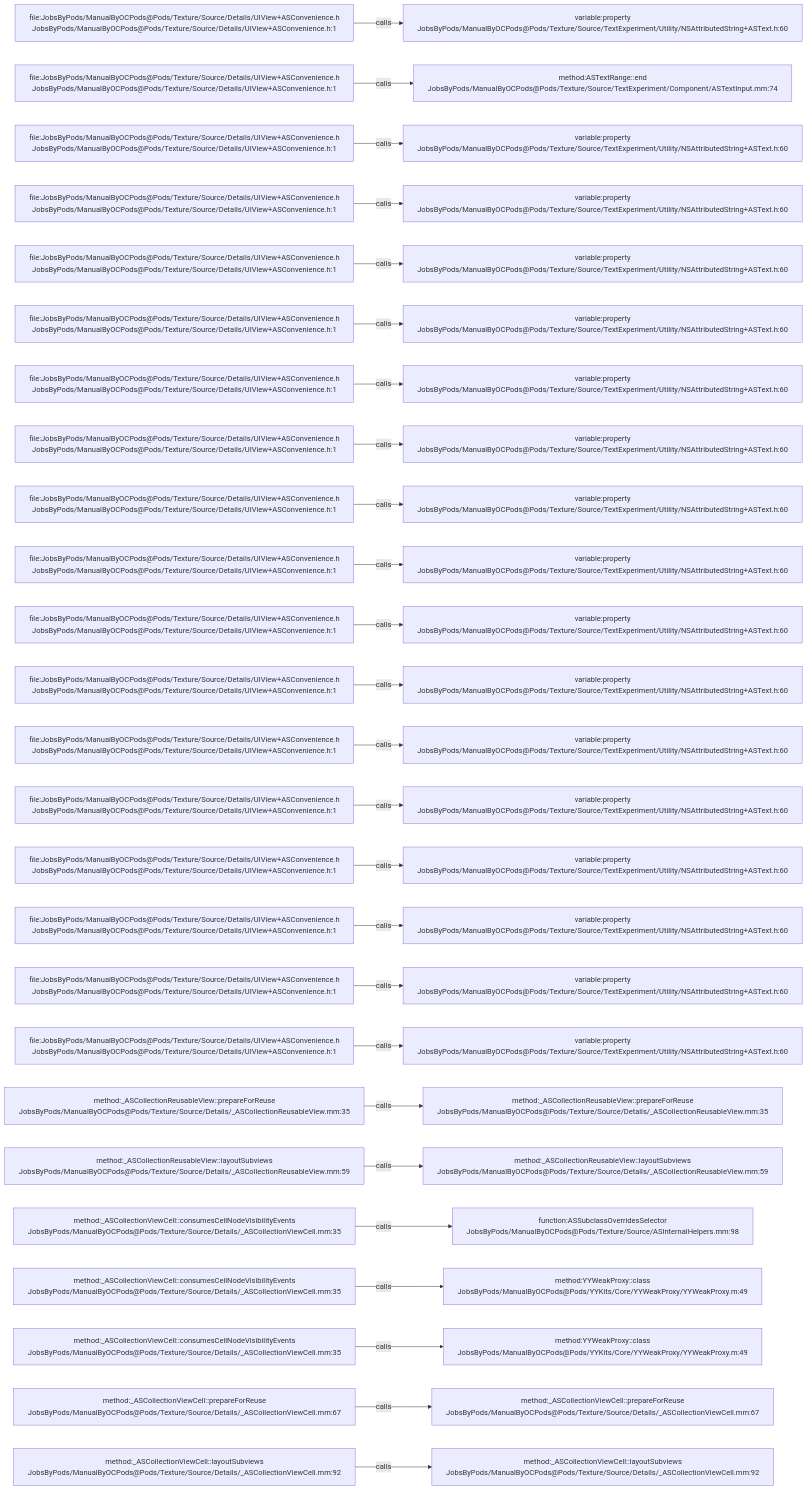
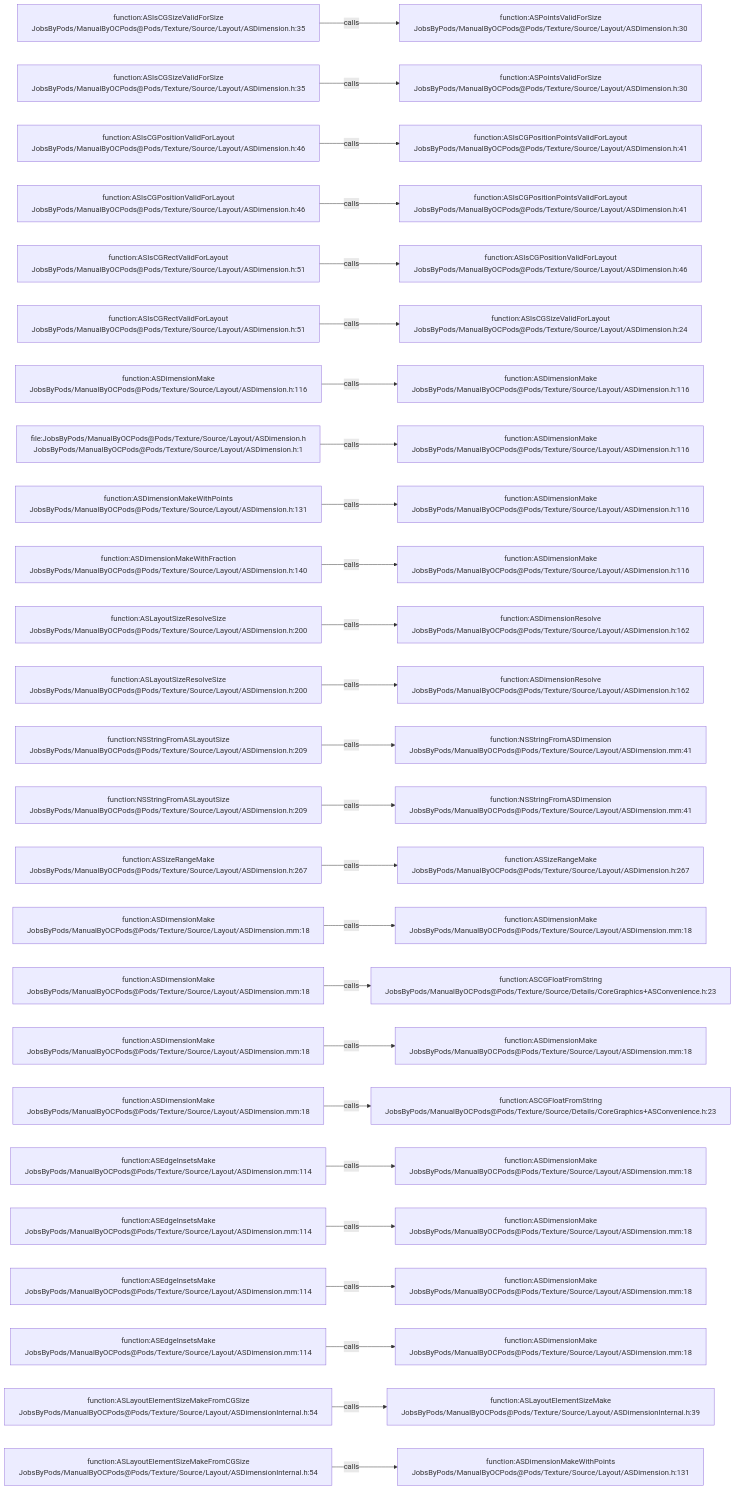
The diagram in .codegraph/codegraph.md/graphs/calls-178.md (JobsKits/JobsOCBaseConfigDemo), drawn with Mermaid before and after one commit. The commit also changed 1223 other files, not shown here.

````diff
--- a/.codegraph/codegraph.md/graphs/calls-178.md
+++ b/.codegraph/codegraph.md/graphs/calls-178.md
@@ -13,78 +13,78 @@
 ```mermaid
 flowchart LR
-  S1["file:JobsByPods/ManualByOCPods@Pods/Texture/Source/Details/UIView+ASConvenience.h<br/>JobsByPods/ManualByOCPods@Pods/Texture/Source/Details/UIView+ASConvenience.h:1"]
-  T1["variable:property<br/>JobsByPods/ManualByOCPods@Pods/Texture/Source/TextExperiment/Utility/NSAttributedString+ASText.h:60"]
+  S1["function:ASIsCGSizeValidForSize<br/>JobsByPods/ManualByOCPods@Pods/Texture/Source/Layout/ASDimension.h:35"]
+  T1["function:ASPointsValidForSize<br/>JobsByPods/ManualByOCPods@Pods/Texture/Source/Layout/ASDimension.h:30"]
   S1 -->|calls| T1
-  S2["file:JobsByPods/ManualByOCPods@Pods/Texture/Source/Details/UIView+ASConvenience.h<br/>JobsByPods/ManualByOCPods@Pods/Texture/Source/Details/UIView+ASConvenience.h:1"]
-  T2["method:ASTextRange::end<br/>JobsByPods/ManualByOCPods@Pods/Texture/Source/TextExperiment/Component/ASTextInput.mm:74"]
+  S2["function:ASIsCGSizeValidForSize<br/>JobsByPods/ManualByOCPods@Pods/Texture/Source/Layout/ASDimension.h:35"]
+  T2["function:ASPointsValidForSize<br/>JobsByPods/ManualByOCPods@Pods/Texture/Source/Layout/ASDimension.h:30"]
   S2 -->|calls| T2
-  S3["file:JobsByPods/ManualByOCPods@Pods/Texture/Source/Details/UIView+ASConvenience.h<br/>JobsByPods/ManualByOCPods@Pods/Texture/Source/Details/UIView+ASConvenience.h:1"]
-  T3["variable:property<br/>JobsByPods/ManualByOCPods@Pods/Texture/Source/TextExperiment/Utility/NSAttributedString+ASText.h:60"]
+  S3["function:ASIsCGPositionValidForLayout<br/>JobsByPods/ManualByOCPods@Pods/Texture/Source/Layout/ASDimension.h:46"]
+  T3["function:ASIsCGPositionPointsValidForLayout<br/>JobsByPods/ManualByOCPods@Pods/Texture/Source/Layout/ASDimension.h:41"]
   S3 -->|calls| T3
-  S4["file:JobsByPods/ManualByOCPods@Pods/Texture/Source/Details/UIView+ASConvenience.h<br/>JobsByPods/ManualByOCPods@Pods/Texture/Source/Details/UIView+ASConvenience.h:1"]
-  T4["variable:property<br/>JobsByPods/ManualByOCPods@Pods/Texture/Source/TextExperiment/Utility/NSAttributedString+ASText.h:60"]
+  S4["function:ASIsCGPositionValidForLayout<br/>JobsByPods/ManualByOCPods@Pods/Texture/Source/Layout/ASDimension.h:46"]
+  T4["function:ASIsCGPositionPointsValidForLayout<br/>JobsByPods/ManualByOCPods@Pods/Texture/Source/Layout/ASDimension.h:41"]
   S4 -->|calls| T4
-  S5["file:JobsByPods/ManualByOCPods@Pods/Texture/Source/Details/UIView+ASConvenience.h<br/>JobsByPods/ManualByOCPods@Pods/Texture/Source/Details/UIView+ASConvenience.h:1"]
-  T5["variable:property<br/>JobsByPods/ManualByOCPods@Pods/Texture/Source/TextExperiment/Utility/NSAttributedString+ASText.h:60"]
+  S5["function:ASIsCGRectValidForLayout<br/>JobsByPods/ManualByOCPods@Pods/Texture/Source/Layout/ASDimension.h:51"]
+  T5["function:ASIsCGPositionValidForLayout<br/>JobsByPods/ManualByOCPods@Pods/Texture/Source/Layout/ASDimension.h:46"]
   S5 -->|calls| T5
-  S6["file:JobsByPods/ManualByOCPods@Pods/Texture/Source/Details/UIView+ASConvenience.h<br/>JobsByPods/ManualByOCPods@Pods/Texture/Source/Details/UIView+ASConvenience.h:1"]
-  T6["variable:property<br/>JobsByPods/ManualByOCPods@Pods/Texture/Source/TextExperiment/Utility/NSAttributedString+ASText.h:60"]
+  S6["function:ASIsCGRectValidForLayout<br/>JobsByPods/ManualByOCPods@Pods/Texture/Source/Layout/ASDimension.h:51"]
+  T6["function:ASIsCGSizeValidForLayout<br/>JobsByPods/ManualByOCPods@Pods/Texture/Source/Layout/ASDimension.h:24"]
   S6 -->|calls| T6
-  S7["file:JobsByPods/ManualByOCPods@Pods/Texture/Source/Details/UIView+ASConvenience.h<br/>JobsByPods/ManualByOCPods@Pods/Texture/Source/Details/UIView+ASConvenience.h:1"]
-  T7["variable:property<br/>JobsByPods/ManualByOCPods@Pods/Texture/Source/TextExperiment/Utility/NSAttributedString+ASText.h:60"]
+  S7["function:ASDimensionMake<br/>JobsByPods/ManualByOCPods@Pods/Texture/Source/Layout/ASDimension.h:116"]
+  T7["function:ASDimensionMake<br/>JobsByPods/ManualByOCPods@Pods/Texture/Source/Layout/ASDimension.h:116"]
   S7 -->|calls| T7
-  S8["file:JobsByPods/ManualByOCPods@Pods/Texture/Source/Details/UIView+ASConvenience.h<br/>JobsByPods/ManualByOCPods@Pods/Texture/Source/Details/UIView+ASConvenience.h:1"]
-  T8["variable:property<br/>JobsByPods/ManualByOCPods@Pods/Texture/Source/TextExperiment/Utility/NSAttributedString+ASText.h:60"]
+  S8["file:JobsByPods/ManualByOCPods@Pods/Texture/Source/Layout/ASDimension.h<br/>JobsByPods/ManualByOCPods@Pods/Texture/Source/Layout/ASDimension.h:1"]
+  T8["function:ASDimensionMake<br/>JobsByPods/ManualByOCPods@Pods/Texture/Source/Layout/ASDimension.h:116"]
   S8 -->|calls| T8
-  S9["file:JobsByPods/ManualByOCPods@Pods/Texture/Source/Details/UIView+ASConvenience.h<br/>JobsByPods/ManualByOCPods@Pods/Texture/Source/Details/UIView+ASConvenience.h:1"]
-  T9["variable:property<br/>JobsByPods/ManualByOCPods@Pods/Texture/Source/TextExperiment/Utility/NSAttributedString+ASText.h:60"]
+  S9["function:ASDimensionMakeWithPoints<br/>JobsByPods/ManualByOCPods@Pods/Texture/Source/Layout/ASDimension.h:131"]
+  T9["function:ASDimensionMake<br/>JobsByPods/ManualByOCPods@Pods/Texture/Source/Layout/ASDimension.h:116"]
   S9 -->|calls| T9
-  S10["file:JobsByPods/ManualByOCPods@Pods/Texture/Source/Details/UIView+ASConvenience.h<br/>JobsByPods/ManualByOCPods@Pods/Texture/Source/Details/UIView+ASConvenience.h:1"]
-  T10["variable:property<br/>JobsByPods/ManualByOCPods@Pods/Texture/Source/TextExperiment/Utility/NSAttributedString+ASText.h:60"]
+  S10["function:ASDimensionMakeWithFraction<br/>JobsByPods/ManualByOCPods@Pods/Texture/Source/Layout/ASDimension.h:140"]
+  T10["function:ASDimensionMake<br/>JobsByPods/ManualByOCPods@Pods/Texture/Source/Layout/ASDimension.h:116"]
   S10 -->|calls| T10
-  S11["file:JobsByPods/ManualByOCPods@Pods/Texture/Source/Details/UIView+ASConvenience.h<br/>JobsByPods/ManualByOCPods@Pods/Texture/Source/Details/UIView+ASConvenience.h:1"]
-  T11["variable:property<br/>JobsByPods/ManualByOCPods@Pods/Texture/Source/TextExperiment/Utility/NSAttributedString+ASText.h:60"]
+  S11["function:ASLayoutSizeResolveSize<br/>JobsByPods/ManualByOCPods@Pods/Texture/Source/Layout/ASDimension.h:200"]
+  T11["function:ASDimensionResolve<br/>JobsByPods/ManualByOCPods@Pods/Texture/Source/Layout/ASDimension.h:162"]
   S11 -->|calls| T11
-  S12["file:JobsByPods/ManualByOCPods@Pods/Texture/Source/Details/UIView+ASConvenience.h<br/>JobsByPods/ManualByOCPods@Pods/Texture/Source/Details/UIView+ASConvenience.h:1"]
-  T12["variable:property<br/>JobsByPods/ManualByOCPods@Pods/Texture/Source/TextExperiment/Utility/NSAttributedString+ASText.h:60"]
+  S12["function:ASLayoutSizeResolveSize<br/>JobsByPods/ManualByOCPods@Pods/Texture/Source/Layout/ASDimension.h:200"]
+  T12["function:ASDimensionResolve<br/>JobsByPods/ManualByOCPods@Pods/Texture/Source/Layout/ASDimension.h:162"]
   S12 -->|calls| T12
-  S13["file:JobsByPods/ManualByOCPods@Pods/Texture/Source/Details/UIView+ASConvenience.h<br/>JobsByPods/ManualByOCPods@Pods/Texture/Source/Details/UIView+ASConvenience.h:1"]
-  T13["variable:property<br/>JobsByPods/ManualByOCPods@Pods/Texture/Source/TextExperiment/Utility/NSAttributedString+ASText.h:60"]
+  S13["function:NSStringFromASLayoutSize<br/>JobsByPods/ManualByOCPods@Pods/Texture/Source/Layout/ASDimension.h:209"]
+  T13["function:NSStringFromASDimension<br/>JobsByPods/ManualByOCPods@Pods/Texture/Source/Layout/ASDimension.mm:41"]
   S13 -->|calls| T13
-  S14["file:JobsByPods/ManualByOCPods@Pods/Texture/Source/Details/UIView+ASConvenience.h<br/>JobsByPods/ManualByOCPods@Pods/Texture/Source/Details/UIView+ASConvenience.h:1"]
-  T14["variable:property<br/>JobsByPods/ManualByOCPods@Pods/Texture/Source/TextExperiment/Utility/NSAttributedString+ASText.h:60"]
+  S14["function:NSStringFromASLayoutSize<br/>JobsByPods/ManualByOCPods@Pods/Texture/Source/Layout/ASDimension.h:209"]
+  T14["function:NSStringFromASDimension<br/>JobsByPods/ManualByOCPods@Pods/Texture/Source/Layout/ASDimension.mm:41"]
   S14 -->|calls| T14
-  S15["file:JobsByPods/ManualByOCPods@Pods/Texture/Source/Details/UIView+ASConvenience.h<br/>JobsByPods/ManualByOCPods@Pods/Texture/Source/Details/UIView+ASConvenience.h:1"]
-  T15["variable:property<br/>JobsByPods/ManualByOCPods@Pods/Texture/Source/TextExperiment/Utility/NSAttributedString+ASText.h:60"]
+  S15["function:ASSizeRangeMake<br/>JobsByPods/ManualByOCPods@Pods/Texture/Source/Layout/ASDimension.h:267"]
+  T15["function:ASSizeRangeMake<br/>JobsByPods/ManualByOCPods@Pods/Texture/Source/Layout/ASDimension.h:267"]
   S15 -->|calls| T15
-  S16["file:JobsByPods/ManualByOCPods@Pods/Texture/Source/Details/UIView+ASConvenience.h<br/>JobsByPods/ManualByOCPods@Pods/Texture/Source/Details/UIView+ASConvenience.h:1"]
-  T16["variable:property<br/>JobsByPods/ManualByOCPods@Pods/Texture/Source/TextExperiment/Utility/NSAttributedString+ASText.h:60"]
+  S16["function:ASDimensionMake<br/>JobsByPods/ManualByOCPods@Pods/Texture/Source/Layout/ASDimension.mm:18"]
+  T16["function:ASDimensionMake<br/>JobsByPods/ManualByOCPods@Pods/Texture/Source/Layout/ASDimension.mm:18"]
   S16 -->|calls| T16
-  S17["file:JobsByPods/ManualByOCPods@Pods/Texture/Source/Details/UIView+ASConvenience.h<br/>JobsByPods/ManualByOCPods@Pods/Texture/Source/Details/UIView+ASConvenience.h:1"]
-  T17["variable:property<br/>JobsByPods/ManualByOCPods@Pods/Texture/Source/TextExperiment/Utility/NSAttributedString+ASText.h:60"]
+  S17["function:ASDimensionMake<br/>JobsByPods/ManualByOCPods@Pods/Texture/Source/Layout/ASDimension.mm:18"]
+  T17["function:ASCGFloatFromString<br/>JobsByPods/ManualByOCPods@Pods/Texture/Source/Details/CoreGraphics+ASConvenience.h:23"]
   S17 -->|calls| T17
-  S18["file:JobsByPods/ManualByOCPods@Pods/Texture/Source/Details/UIView+ASConvenience.h<br/>JobsByPods/ManualByOCPods@Pods/Texture/Source/Details/UIView+ASConvenience.h:1"]
-  T18["variable:property<br/>JobsByPods/ManualByOCPods@Pods/Texture/Source/TextExperiment/Utility/NSAttributedString+ASText.h:60"]
+  S18["function:ASDimensionMake<br/>JobsByPods/ManualByOCPods@Pods/Texture/Source/Layout/ASDimension.mm:18"]
+  T18["function:ASDimensionMake<br/>JobsByPods/ManualByOCPods@Pods/Texture/Source/Layout/ASDimension.mm:18"]
   S18 -->|calls| T18
-  S19["method:_ASCollectionReusableView::prepareForReuse<br/>JobsByPods/ManualByOCPods@Pods/Texture/Source/Details/_ASCollectionReusableView.mm:35"]
-  T19["method:_ASCollectionReusableView::prepareForReuse<br/>JobsByPods/ManualByOCPods@Pods/Texture/Source/Details/_ASCollectionReusableView.mm:35"]
+  S19["function:ASDimensionMake<br/>JobsByPods/ManualByOCPods@Pods/Texture/Source/Layout/ASDimension.mm:18"]
+  T19["function:ASCGFloatFromString<br/>JobsByPods/ManualByOCPods@Pods/Texture/Source/Details/CoreGraphics+ASConvenience.h:23"]
   S19 -->|calls| T19
-  S20["method:_ASCollectionReusableView::layoutSubviews<br/>JobsByPods/ManualByOCPods@Pods/Texture/Source/Details/_ASCollectionReusableView.mm:59"]
-  T20["method:_ASCollectionReusableView::layoutSubviews<br/>JobsByPods/ManualByOCPods@Pods/Texture/Source/Details/_ASCollectionReusableView.mm:59"]
+  S20["function:ASEdgeInsetsMake<br/>JobsByPods/ManualByOCPods@Pods/Texture/Source/Layout/ASDimension.mm:114"]
+  T20["function:ASDimensionMake<br/>JobsByPods/ManualByOCPods@Pods/Texture/Source/Layout/ASDimension.mm:18"]
   S20 -->|calls| T20
-  S21["method:_ASCollectionViewCell::consumesCellNodeVisibilityEvents<br/>JobsByPods/ManualByOCPods@Pods/Texture/Source/Details/_ASCollectionViewCell.mm:35"]
-  T21["function:ASSubclassOverridesSelector<br/>JobsByPods/ManualByOCPods@Pods/Texture/Source/ASInternalHelpers.mm:98"]
+  S21["function:ASEdgeInsetsMake<br/>JobsByPods/ManualByOCPods@Pods/Texture/Source/Layout/ASDimension.mm:114"]
+  T21["function:ASDimensionMake<br/>JobsByPods/ManualByOCPods@Pods/Texture/Source/Layout/ASDimension.mm:18"]
   S21 -->|calls| T21
-  S22["method:_ASCollectionViewCell::consumesCellNodeVisibilityEvents<br/>JobsByPods/ManualByOCPods@Pods/Texture/Source/Details/_ASCollectionViewCell.mm:35"]
-  T22["method:YYWeakProxy::class<br/>JobsByPods/ManualByOCPods@Pods/YYKits/Core/YYWeakProxy/YYWeakProxy.m:49"]
+  S22["function:ASEdgeInsetsMake<br/>JobsByPods/ManualByOCPods@Pods/Texture/Source/Layout/ASDimension.mm:114"]
+  T22["function:ASDimensionMake<br/>JobsByPods/ManualByOCPods@Pods/Texture/Source/Layout/ASDimension.mm:18"]
   S22 -->|calls| T22
-  S23["method:_ASCollectionViewCell::consumesCellNodeVisibilityEvents<br/>JobsByPods/ManualByOCPods@Pods/Texture/Source/Details/_ASCollectionViewCell.mm:35"]
-  T23["method:YYWeakProxy::class<br/>JobsByPods/ManualByOCPods@Pods/YYKits/Core/YYWeakProxy/YYWeakProxy.m:49"]
+  S23["function:ASEdgeInsetsMake<br/>JobsByPods/ManualByOCPods@Pods/Texture/Source/Layout/ASDimension.mm:114"]
+  T23["function:ASDimensionMake<br/>JobsByPods/ManualByOCPods@Pods/Texture/Source/Layout/ASDimension.mm:18"]
   S23 -->|calls| T23
-  S24["method:_ASCollectionViewCell::prepareForReuse<br/>JobsByPods/ManualByOCPods@Pods/Texture/Source/Details/_ASCollectionViewCell.mm:67"]
-  T24["method:_ASCollectionViewCell::prepareForReuse<br/>JobsByPods/ManualByOCPods@Pods/Texture/Source/Details/_ASCollectionViewCell.mm:67"]
+  S24["function:ASLayoutElementSizeMakeFromCGSize<br/>JobsByPods/ManualByOCPods@Pods/Texture/Source/Layout/ASDimensionInternal.h:54"]
+  T24["function:ASLayoutElementSizeMake<br/>JobsByPods/ManualByOCPods@Pods/Texture/Source/Layout/ASDimensionInternal.h:39"]
   S24 -->|calls| T24
-  S25["method:_ASCollectionViewCell::layoutSubviews<br/>JobsByPods/ManualByOCPods@Pods/Texture/Source/Details/_ASCollectionViewCell.mm:92"]
-  T25["method:_ASCollectionViewCell::layoutSubviews<br/>JobsByPods/ManualByOCPods@Pods/Texture/Source/Details/_ASCollectionViewCell.mm:92"]
+  S25["function:ASLayoutElementSizeMakeFromCGSize<br/>JobsByPods/ManualByOCPods@Pods/Texture/Source/Layout/ASDimensionInternal.h:54"]
+  T25["function:ASDimensionMakeWithPoints<br/>JobsByPods/ManualByOCPods@Pods/Texture/Source/Layout/ASDimension.h:131"]
   S25 -->|calls| T25
 ```
````
